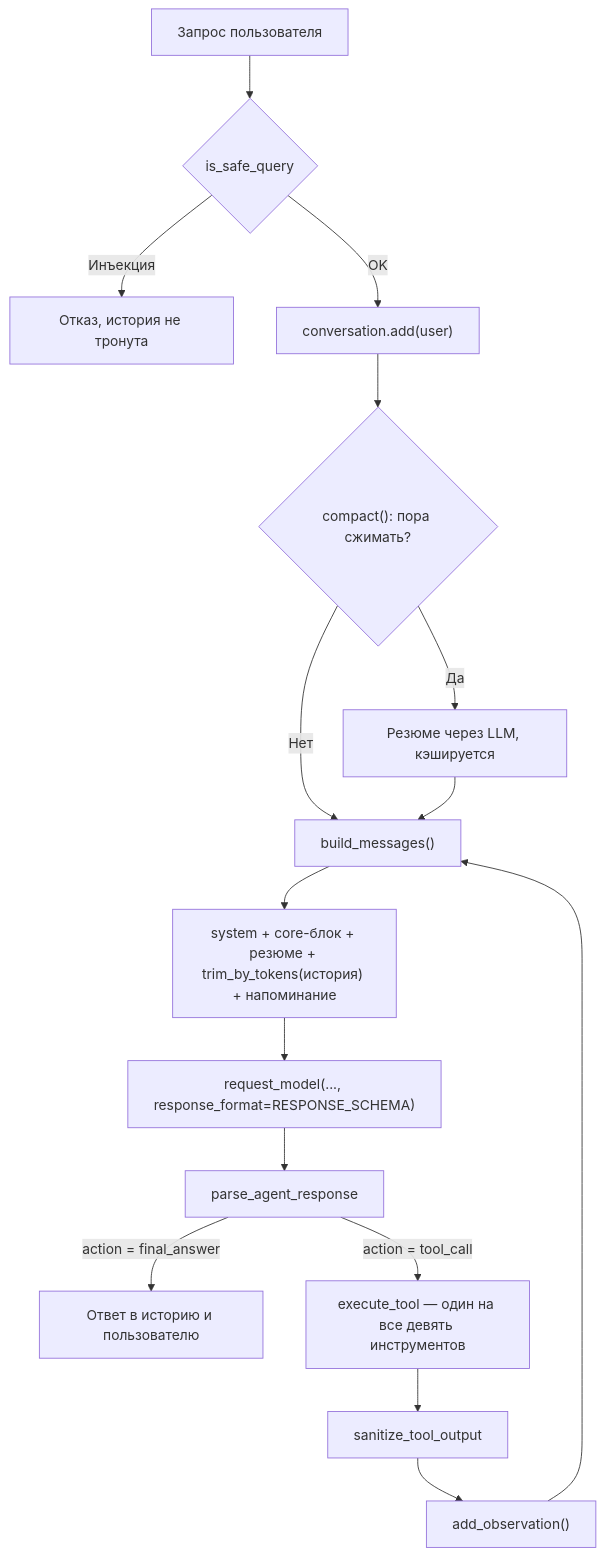
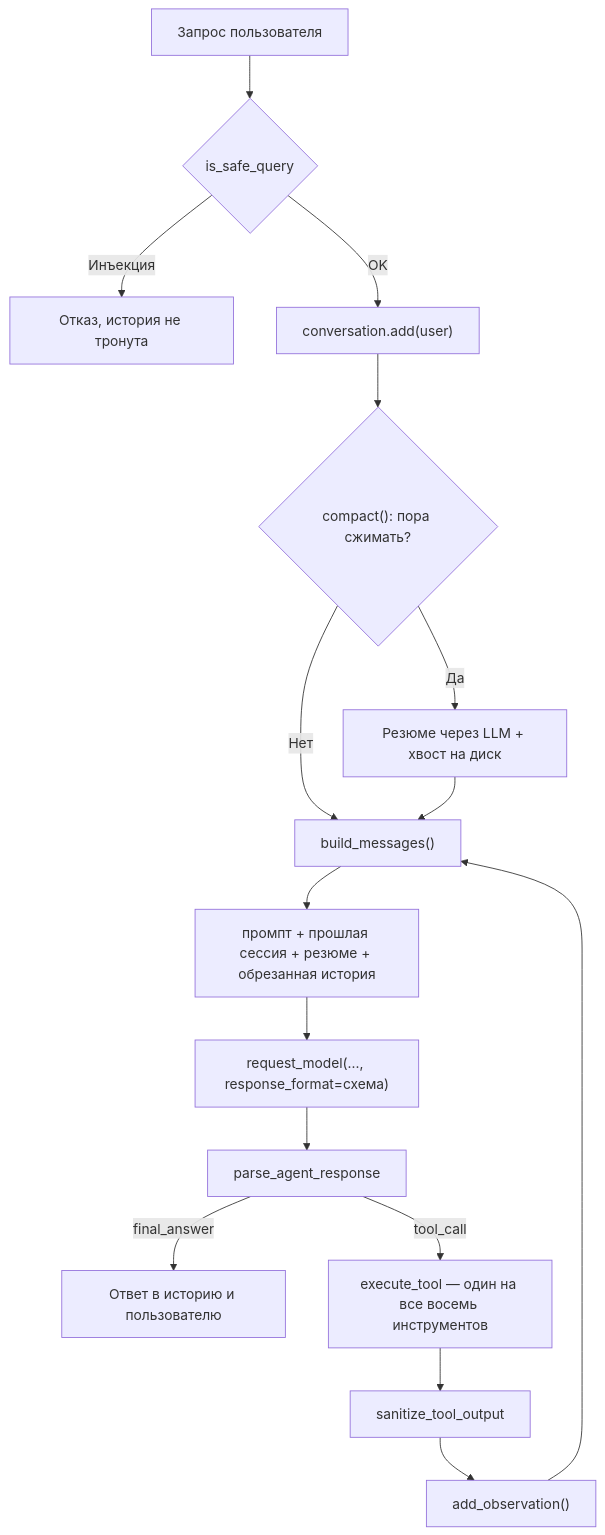
One commit to io982/firstAgent changed the diagram in chapter3/README.md. Above: the diagram before and after it, drawn with Mermaid. The commit also changed other lines of this file and 13 other files, not shown here.

````diff
--- a/chapter3/README.md
+++ b/chapter3/README.md
@@ -1033,22 +288,22 @@
 ```mermaid
 graph TD
     A["Запрос пользователя"] --> B{"is_safe_query"}
     B -- "Инъекция" --> Z["Отказ, история не тронута"]
     B -- "OK" --> C["conversation.add(user)"]
 
     C --> C2{"compact(): пора сжимать?"}
-    C2 -- "Да" --> C3["Резюме через LLM, кэшируется"]
+    C2 -- "Да" --> C3["Резюме через LLM + хвост на диск"]
     C2 -- "Нет" --> D
     C3 --> D["build_messages()"]
 
-    D --> D2["system + core-блок + резюме + trim_by_tokens(история) + напоминание"]
-    D2 --> E["request_model(..., response_format=RESPONSE_SCHEMA)"]
+    D --> D2["промпт + прошлая сессия + резюме + обрезанная история"]
+    D2 --> E["request_model(..., response_format=схема)"]
     E --> F["parse_agent_response"]
 
-    F -- "action = final_answer" --> Y["Ответ в историю и пользователю"]
-    F -- "action = tool_call" --> G["execute_tool — один на все девять инструментов"]
+    F -- "final_answer" --> Y["Ответ в историю и пользователю"]
+    F -- "tool_call" --> G["execute_tool — один на все восемь инструментов"]
 
     G --> J["sanitize_tool_output"]
     J --> K["add_observation()"]
     K --> D
 ```
````
